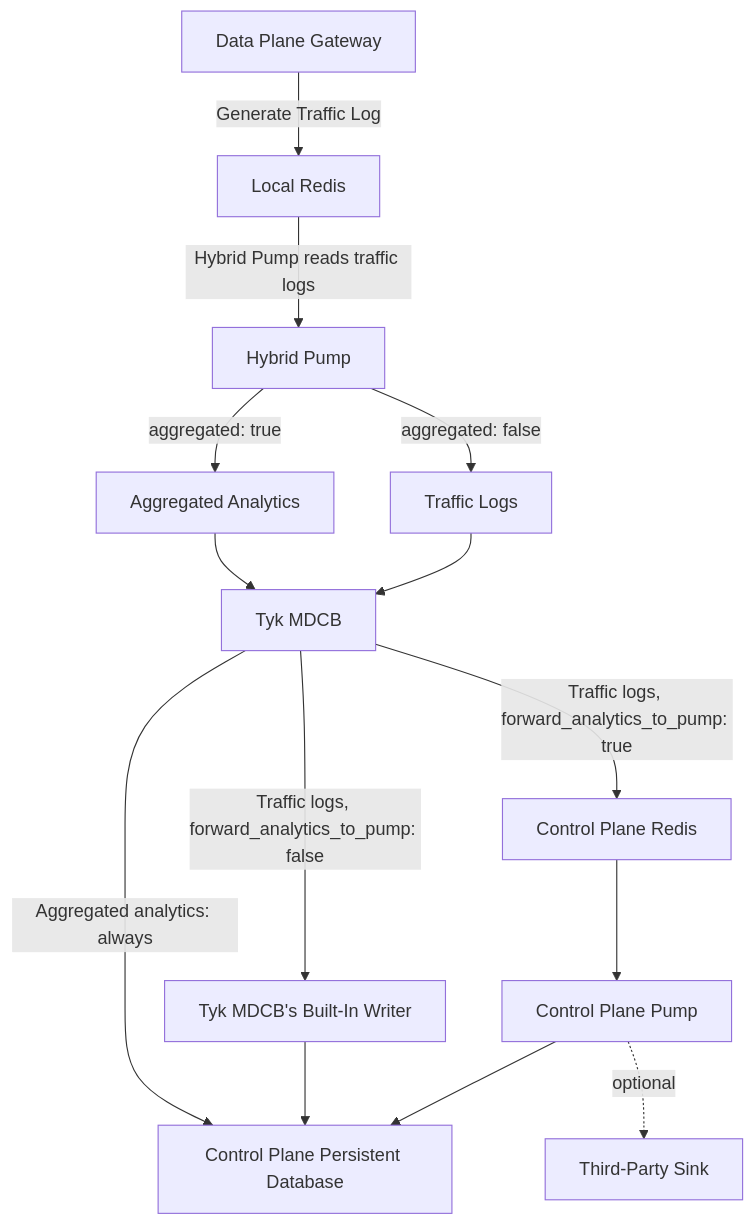
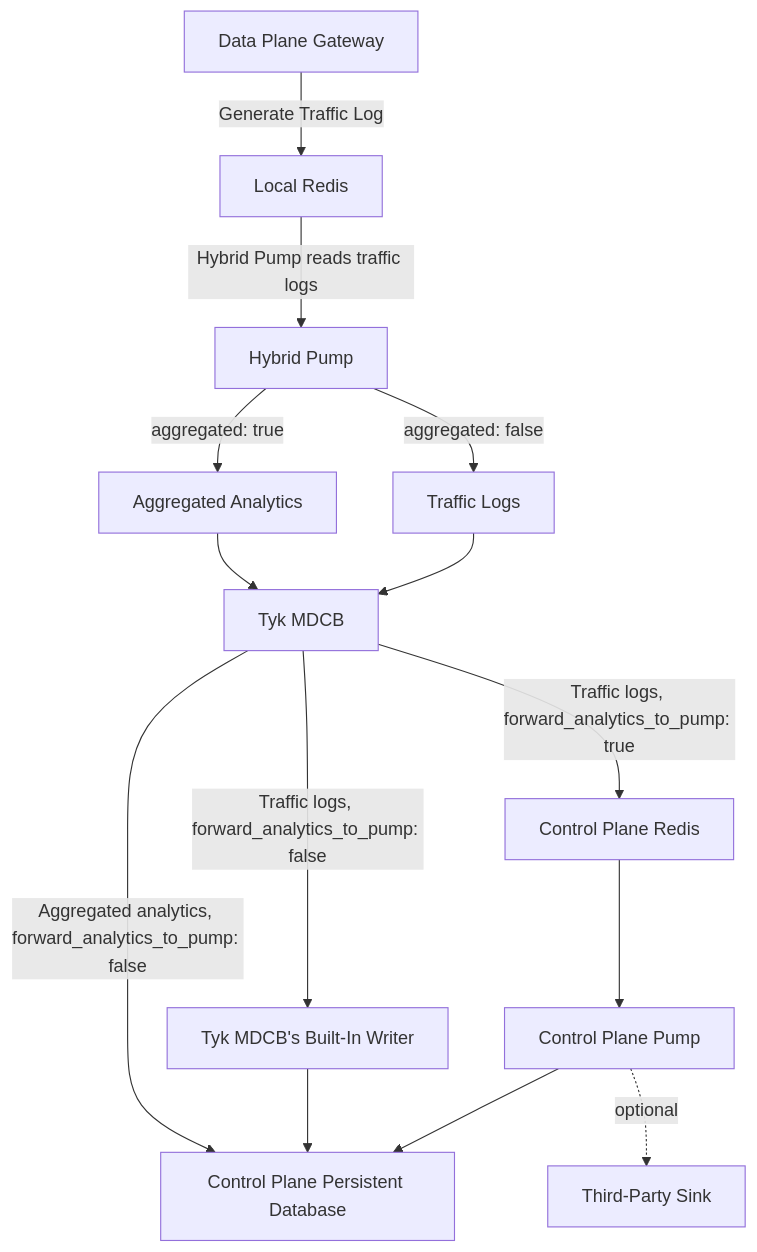
One commit to TykTechnologies/tyk-docs changed the diagram in api-management/dashboard-analytics/data-plane-pump.mdx. Above: the diagram before and after it, drawn with Mermaid. The commit also changed other lines of this file and 4 other files, not shown here.

````diff
--- a/api-management/dashboard-analytics/data-plane-pump.mdx
+++ b/api-management/dashboard-analytics/data-plane-pump.mdx
@@ -10,16 +10,16 @@
 ```mermaid
 graph TD
     G[Data Plane Gateway] -->|Generate Traffic Log| R[Local Redis]
     R -->|Hybrid Pump reads traffic logs| H[Hybrid Pump]
     H -->|aggregated: true| AG[Aggregated Analytics]
     H -->|aggregated: false| TL[Traffic Logs]
     AG --> MDCB[Tyk MDCB]
     TL --> MDCB
-    MDCB -->|Aggregated analytics: always| E[Control Plane Persistent Database]
+    MDCB -->|Aggregated analytics, forward_analytics_to_pump: false| E[Control Plane Persistent Database]
     MDCB -->|Traffic logs, forward_analytics_to_pump: false| W[Tyk MDCB's Built-In Writer]
     W --> E
     MDCB -->|Traffic logs, forward_analytics_to_pump: true| Q[Control Plane Redis]
     Q --> C[Control Plane Pump]
     C --> E
     C -.->|optional| S[Third-Party Sink]
 ```
````
